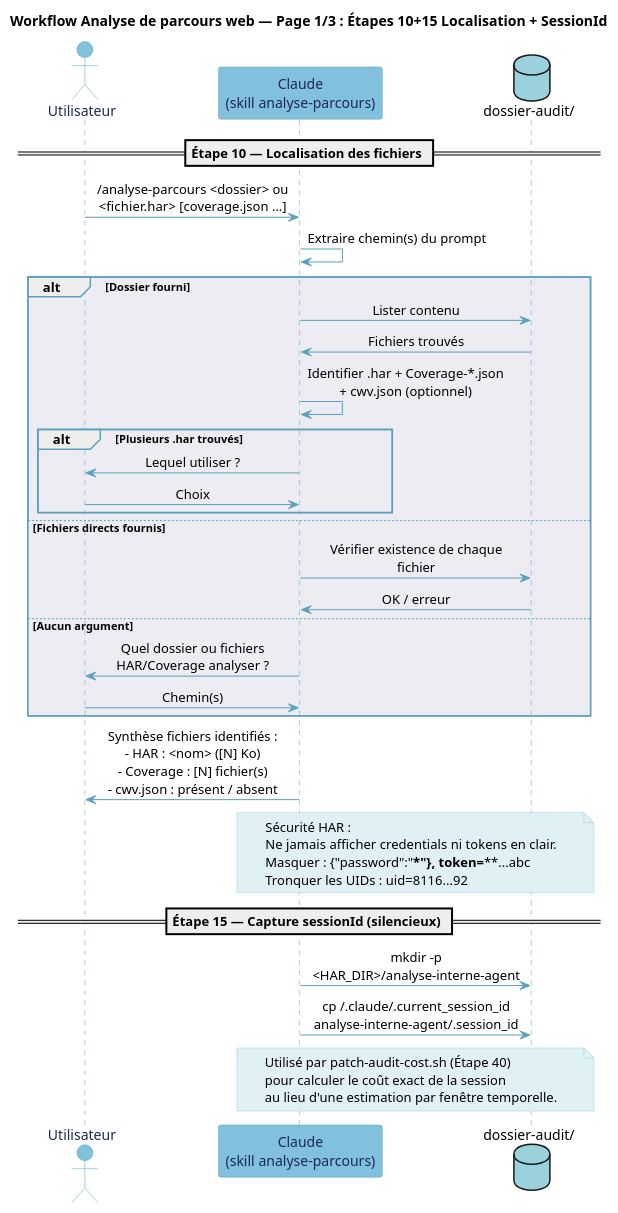
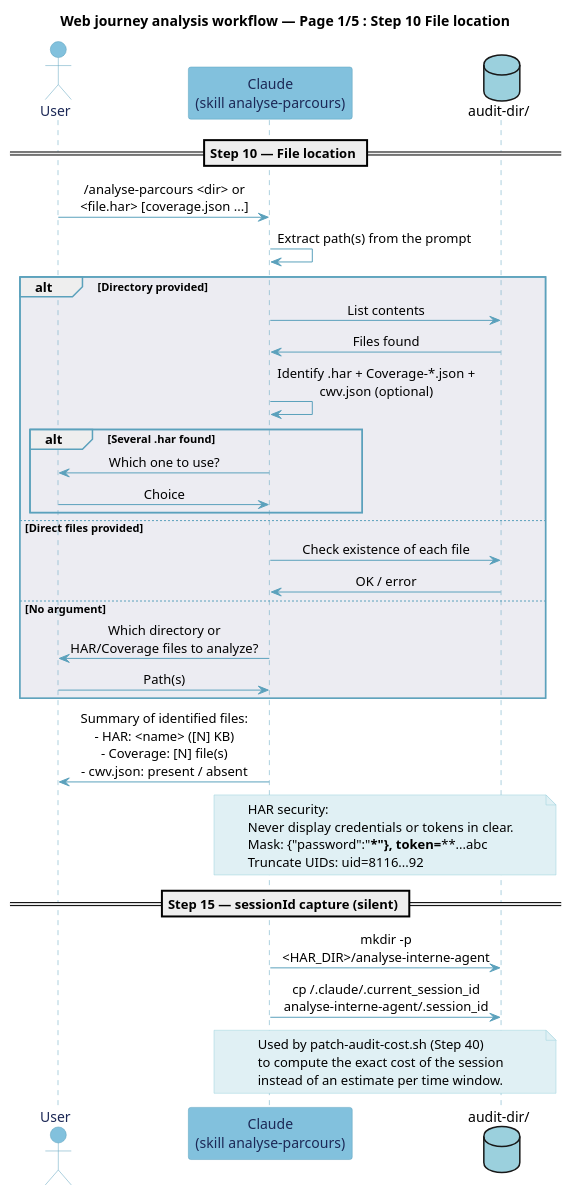
One commit to Boavizta/eroom changed the first of 7 diagrams in .claude/skills/diagrammes-analyse-parcours/SKILL.md. Above: the diagram before and after it, drawn with PlantUML. The commit also changed other lines of this file and 228 other files, not shown here.

````diff
--- a/.claude/skills/diagrammes-analyse-parcours/SKILL.md
+++ b/.claude/skills/diagrammes-analyse-parcours/SKILL.md
@@ -157,72 +157,72 @@
 ```plantuml
 @startuml analyse-parcours-p1
-title Workflow Analyse de parcours web — Page 1/3 : Étapes 10+15 Localisation + SessionId
+title Web journey analysis workflow — Page 1/5 : Step 10 File location
 
 skinparam backgroundColor #FFFFFF
 skinparam participant {
   BackgroundColor #E0F0F4
   BorderColor #5BA1BC
   FontColor #1C2856
 }
 skinparam actor {
   BackgroundColor #E0F0F4
   BorderColor #5BA1BC
   FontColor #1C2856
 }
 skinparam ArrowColor #5BA1BC
 skinparam SequenceLifeLineBorderColor #5BA1BC
 skinparam SequenceGroupBodyBackgroundColor #ECECF2
 skinparam SequenceGroupBorderColor #5BA1BC
 skinparam NoteBackgroundColor #E0F0F4
 skinparam NoteBorderColor #9BD0DD
 skinparam sequenceMessageAlign center
 skinparam maxMessageSize 200
 skinparam responseMessageBelowArrow true
 
-actor "Utilisateur" as U #82C1DD
+actor "User" as U #82C1DD
 participant "Claude\n(skill analyse-parcours)" as C #82C1DD
-database "dossier-audit/" as FS #9BD0DD
+database "audit-dir/" as FS #9BD0DD
 
-== Étape 10 — Localisation des fichiers ==
+== Step 10 — File location ==
 
-U -> C : /analyse-parcours <dossier> ou <fichier.har> [coverage.json ...]
-C -> C : Extraire chemin(s) du prompt
+U -> C : /analyse-parcours <dir> or <file.har> [coverage.json ...]
+C -> C : Extract path(s) from the prompt
 
-alt Dossier fourni
-  C -> FS : Lister contenu
-  FS -> C : Fichiers trouvés
-  C -> C : Identifier .har + Coverage-*.json + cwv.json (optionnel)
-  alt Plusieurs .har trouvés
-    C -> U : Lequel utiliser ?
-    U -> C : Choix
+alt Directory provided
+  C -> FS : List contents
+  FS -> C : Files found
+  C -> C : Identify .har + Coverage-*.json + cwv.json (optional)
+  alt Several .har found
+    C -> U : Which one to use?
+    U -> C : Choice
   end
-else Fichiers directs fournis
-  C -> FS : Vérifier existence de chaque fichier
-  FS -> C : OK / erreur
-else Aucun argument
-  C -> U : Quel dossier ou fichiers HAR/Coverage analyser ?
-  U -> C : Chemin(s)
+else Direct files provided
+  C -> FS : Check existence of each file
+  FS -> C : OK / error
+else No argument
+  C -> U : Which directory or HAR/Coverage files to analyze?
+  U -> C : Path(s)
 end
 
-C -> U : Synthèse fichiers identifiés :\n- HAR : <nom> ([N] Ko)\n- Coverage : [N] fichier(s)\n- cwv.json : présent / absent
+C -> U : Summary of identified files:\n- HAR: <name> ([N] KB)\n- Coverage: [N] file(s)\n- cwv.json: present / absent
 
 note over C, FS
-  Sécurité HAR :
-  Ne jamais afficher credentials ni tokens en clair.
-  Masquer : {"password":"***"}, token=****...abc
-  Tronquer les UIDs : uid=8116...92
+  HAR security:
+  Never display credentials or tokens in clear.
+  Mask: {"password":"***"}, token=****...abc
+  Truncate UIDs: uid=8116...92
 end note
 
-== Étape 15 — Capture sessionId (silencieux) ==
+== Step 15 — sessionId capture (silent) ==
 
 C -> FS : mkdir -p <HAR_DIR>/analyse-interne-agent
 C -> FS : cp ~/.claude/.current_session_id\nanalyse-interne-agent/.session_id
 
 note over C, FS
-  Utilisé par patch-audit-cost.sh (Étape 40)
-  pour calculer le coût exact de la session
-  au lieu d'une estimation par fenêtre temporelle.
+  Used by patch-audit-cost.sh (Step 40)
+  to compute the exact cost of the session
+  instead of an estimate per time window.
 end note
 
 @enduml
 ```
````
